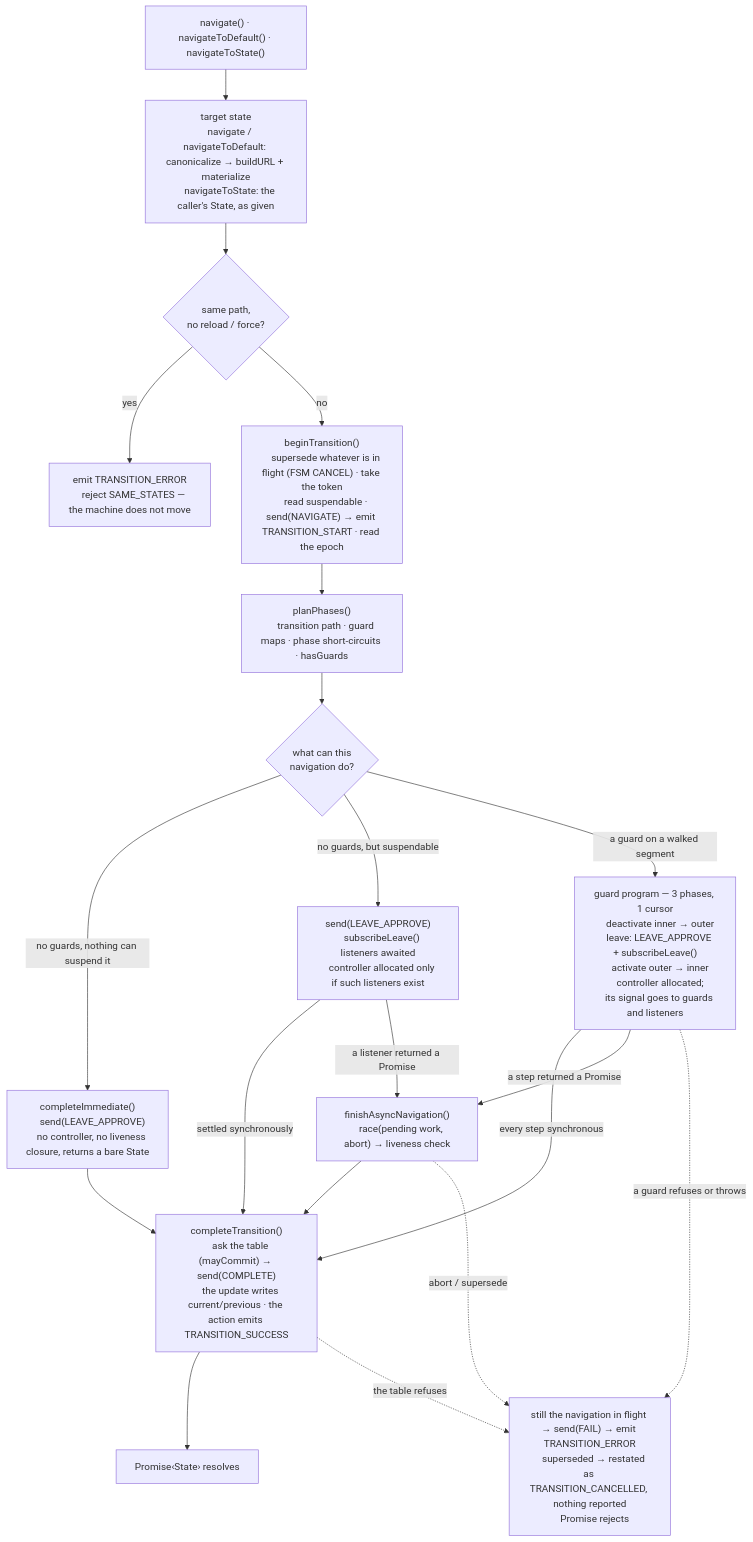
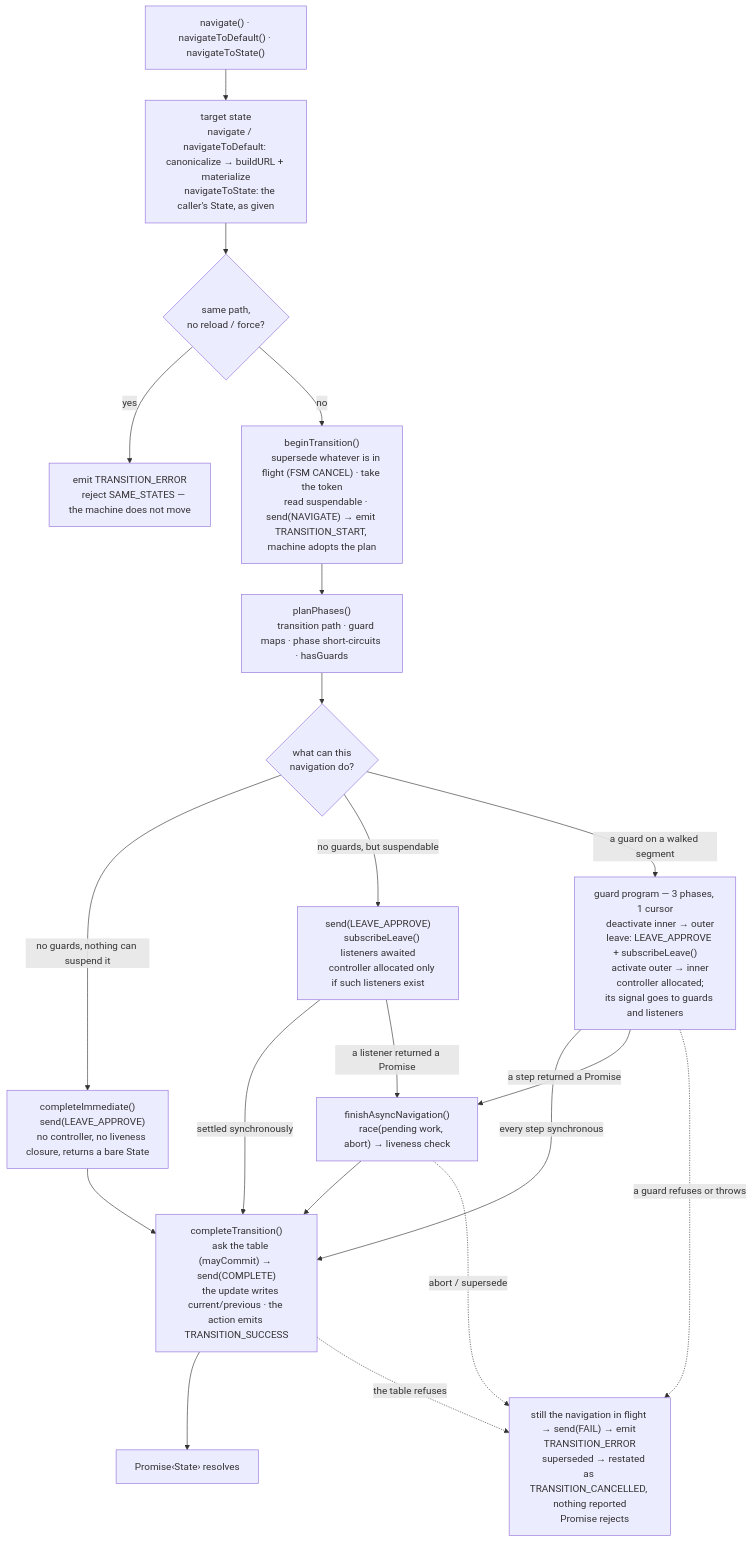
The third of 3 diagrams in ARCHITECTURE.md (greydragon888/real-router), drawn with Mermaid before and after one commit. The commit also changed other lines of this file and 12 other files, not shown here.

````diff
--- a/ARCHITECTURE.md
+++ b/ARCHITECTURE.md
@@ -378,60 +379,60 @@
 ```mermaid
 flowchart TD
     ENTRY["navigate() · navigateToDefault() · navigateToState()"] --> BUILD
 
     BUILD["target state
     navigate / navigateToDefault: canonicalize → buildURL + materialize
     navigateToState: the caller's State, as given"] --> SAME
 
     SAME{"same path,
     no reload / force?"}
     SAME -->|yes| SAMEERR["emit TRANSITION_ERROR
     reject SAME_STATES — the machine does not move"]
 
     SAME -->|no| BEGIN["beginTransition()
     supersede whatever is in flight (FSM CANCEL) · take the token
-    read suspendable · send(NAVIGATE) → emit TRANSITION_START · read the epoch"]
+    read suspendable · send(NAVIGATE) → emit TRANSITION_START, machine adopts the plan"]
 
     BEGIN --> PLAN["planPhases()
     transition path · guard maps · phase short-circuits · hasGuards"]
 
     PLAN --> ARC{"what can this
     navigation do?"}
 
     ARC -->|"no guards, nothing can suspend it"| IMMEDIATE["completeImmediate()
     send(LEAVE_APPROVE)
     no controller, no liveness closure, returns a bare State"]
 
     ARC -->|"no guards, but suspendable"| LEAVE["send(LEAVE_APPROVE)
     subscribeLeave() listeners awaited
     controller allocated only if such listeners exist"]
 
     ARC -->|"a guard on a walked segment"| GUARDS["guard program — 3 phases, 1 cursor
     deactivate inner → outer
     leave: LEAVE_APPROVE + subscribeLeave()
     activate outer → inner
     controller allocated;
     its signal goes to guards and listeners"]
 
     IMMEDIATE --> COMPLETE
     LEAVE -->|"settled synchronously"| COMPLETE
     GUARDS -->|"every step synchronous"| COMPLETE
     LEAVE -->|"a listener returned a Promise"| ASYNC
     GUARDS -->|"a step returned a Promise"| ASYNC
 
     ASYNC["finishAsyncNavigation()
     race(pending work, abort) → liveness check"] --> COMPLETE
 
     COMPLETE["completeTransition()
     ask the table (mayCommit) → send(COMPLETE)
     the update writes current/previous · the action emits TRANSITION_SUCCESS"]
     COMPLETE --> RESOLVE["Promise‹State› resolves"]
 
     GUARDS -.->|"a guard refuses or throws"| ERR
     ASYNC -.->|"abort / supersede"| ERR
     COMPLETE -.->|"the table refuses"| ERR
 
     ERR["still the navigation in flight → send(FAIL) → emit TRANSITION_ERROR
     superseded → restated as TRANSITION_CANCELLED, nothing reported
     Promise rejects"]
 ```
````
